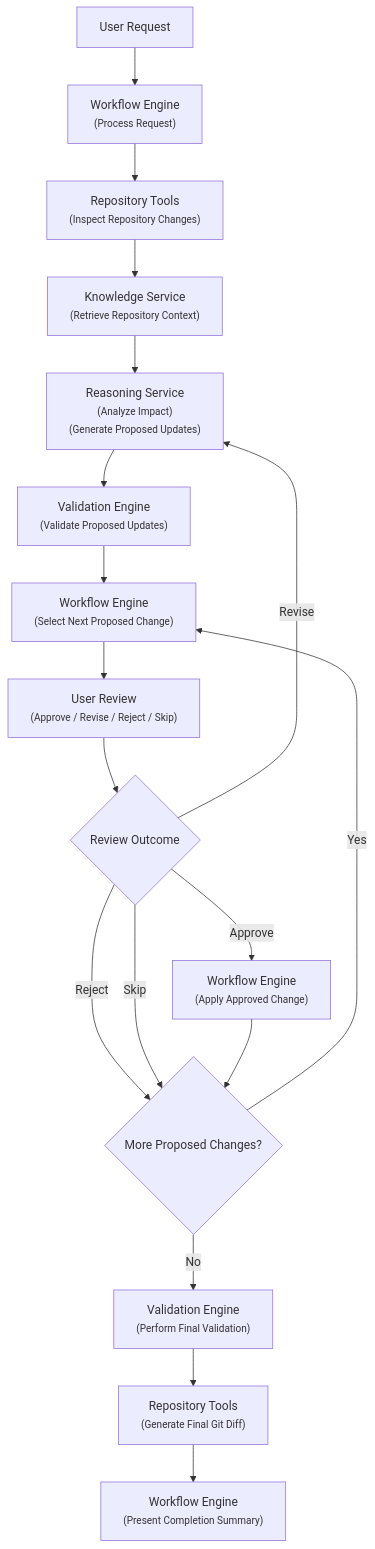
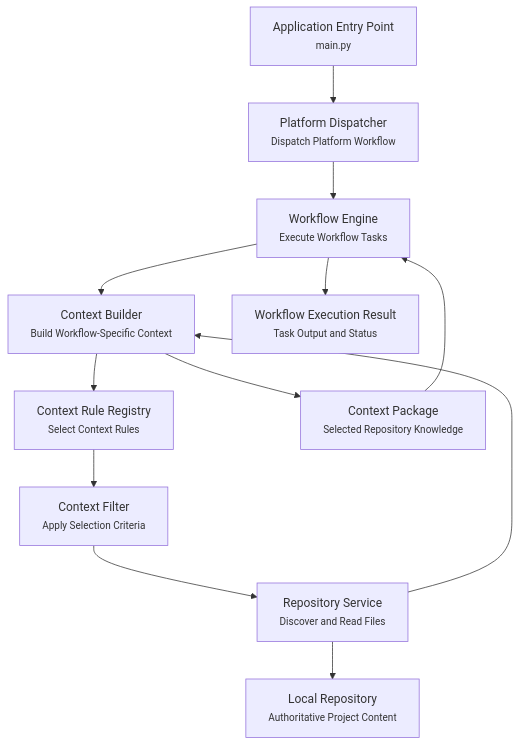
The diagram in docs/Documentation_Agent_Architecture.md (pgailinas/project0), drawn with Mermaid before and after one commit. The commit also changed other lines of this file and 20 other files, not shown here.

````diff
--- a/docs/Documentation_Agent_Architecture.md
+++ b/docs/Documentation_Agent_Architecture.md
@@ -39,31 +43,25 @@
 ```mermaid
 flowchart TD
-    A[User Request]
-    B["Workflow Engine<br/><small>(Process Request)</small>"]
-    C["Repository Tools<br/><small>(Inspect Repository Changes)</small>"]
-    D["Knowledge Service<br/><small>(Retrieve Repository Context)</small>"]
-    E["Reasoning Service<br/><small>(Analyze Impact)<br/>(Generate Proposed Updates)</small>"]
-    F["Validation Engine<br/><small>(Validate Proposed Updates)</small>"]
-    G["Workflow Engine<br/><small>(Select Next Proposed Change)</small>"]
-    H["User Review<br/><small>(Approve / Revise / Reject / Skip)</small>"]
-    I{"Review Outcome"}
-    J["Workflow Engine<br/><small>(Apply Approved Change)</small>"]
-    K{"More Proposed Changes?"}
-    L["Validation Engine<br/><small>(Perform Final Validation)</small>"]
-    M["Repository Tools<br/><small>(Generate Final Git Diff)</small>"]
-    N["Workflow Engine<br/><small>(Present Completion Summary)</small>"]
+    A["Application Entry Point<br/><small>main.py</small>"]
+    B["Platform Dispatcher<br/><small>Dispatch Platform Workflow</small>"]
+    C["Workflow Engine<br/><small>Execute Workflow Tasks</small>"]
+    D["Context Builder<br/><small>Build Workflow-Specific Context</small>"]
+    E["Context Rule Registry<br/><small>Select Context Rules</small>"]
+    F["Context Filter<br/><small>Apply Selection Criteria</small>"]
+    G["Repository Service<br/><small>Discover and Read Files</small>"]
+    H["Local Repository<br/><small>Authoritative Project Content</small>"]
+    I["Context Package<br/><small>Selected Repository Knowledge</small>"]
+    J["Workflow Execution Result<br/><small>Task Output and Status</small>"]
 
-    A --> B --> C --> D --> E --> F --> G --> H --> I
-
-    I -->|Approve| J
-    I -->|Revise| E
-    I -->|Reject| K
-    I -->|Skip| K
-
-    J --> K
-
-    K -->|Yes| G
-    K -->|No| L
-
-    L --> M --> N
+    A --> B
+    B --> C
+    C --> D
+    D --> E
+    E --> F
+    F --> G
+    G --> H
+    G --> D
+    D --> I
+    I --> C
+    C --> J
 ```
````
